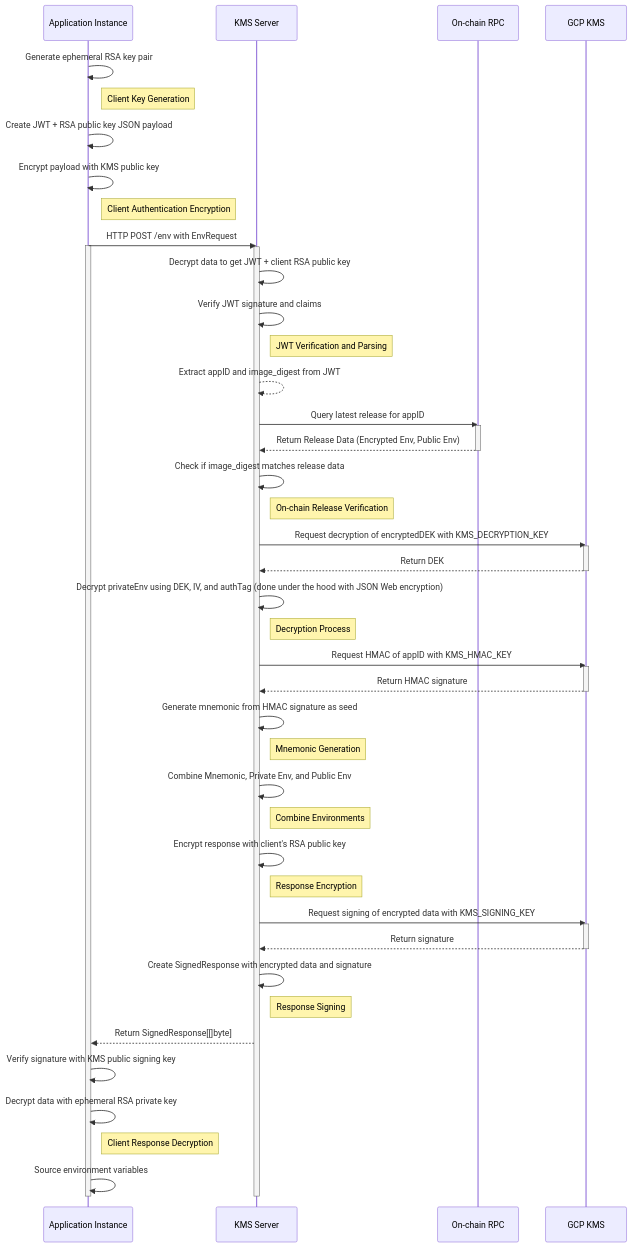
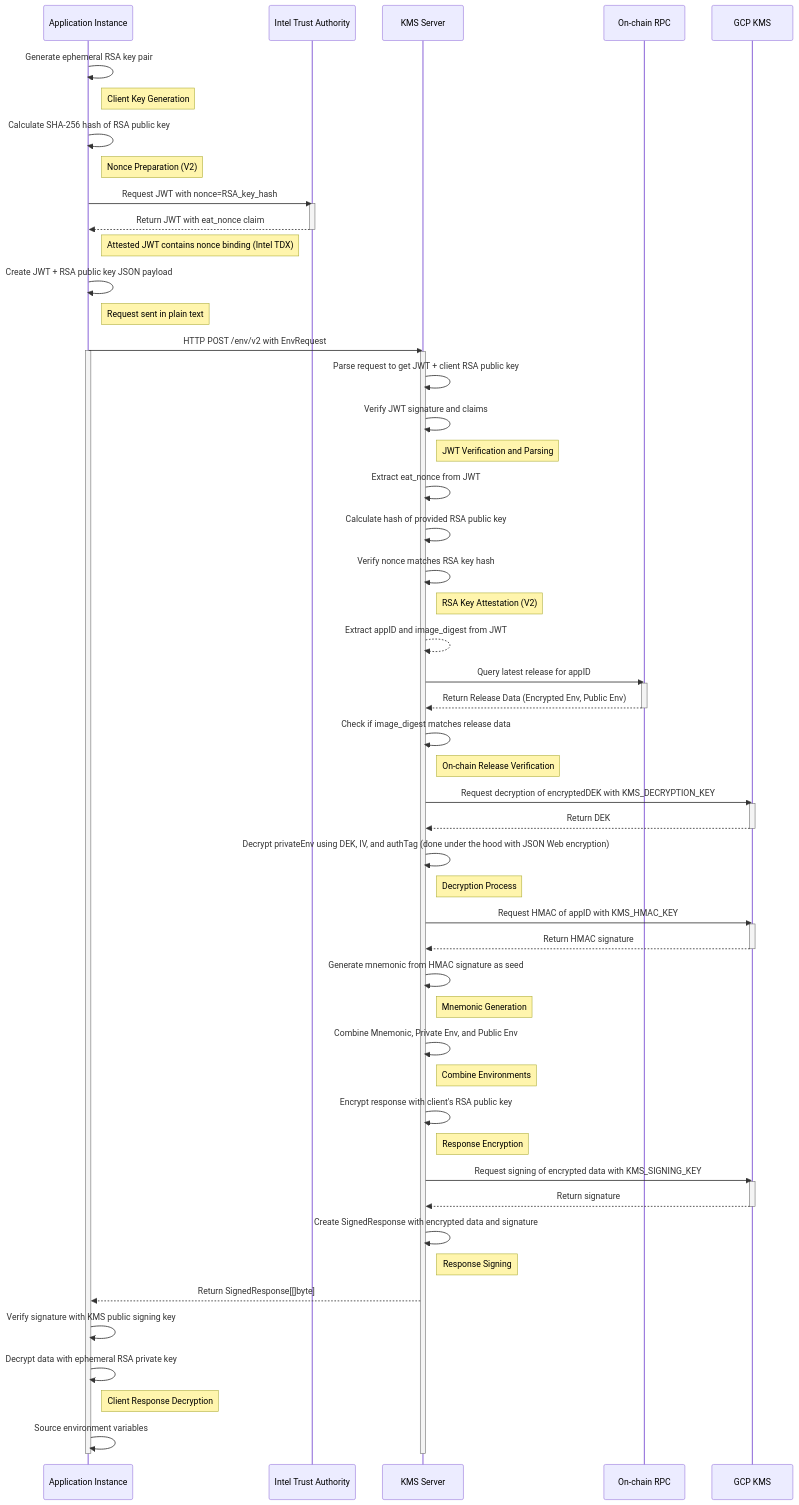
The second of 2 diagrams in kms.md (Layr-Labs/eigenx-kms), drawn with Mermaid before and after one commit. The commit also changed other lines of this file and 25 other files, not shown here.

````diff
--- a/kms.md
+++ b/kms.md
@@ -33,24 +33,38 @@
 ```mermaid
 sequenceDiagram
     participant AppInstance as Application Instance
+    participant AttestService as Intel Trust Authority
     participant KMS as KMS Server
     participant OnChainRPC as On-chain RPC
     participant GCPKMS as GCP KMS
 
     AppInstance->>AppInstance: Generate ephemeral RSA key pair
     note right of AppInstance: Client Key Generation
-    
+
+    AppInstance->>AppInstance: Calculate SHA-256 hash of RSA public key
+    note right of AppInstance: Nonce Preparation (V2)
+
+    AppInstance->>AttestService: Request JWT with nonce=RSA_key_hash
+    activate AttestService
+    AttestService-->>AppInstance: Return JWT with eat_nonce claim
+    deactivate AttestService
+    note right of AppInstance: Attested JWT contains nonce binding (Intel TDX)
+
     AppInstance->>AppInstance: Create JWT + RSA public key JSON payload
-    AppInstance->>AppInstance: Encrypt payload with KMS public key
-    note right of AppInstance: Client Authentication Encryption
+    note right of AppInstance: Request sent in plain text
 
-    AppInstance->>KMS: HTTP POST /env with EnvRequest
+    AppInstance->>KMS: HTTP POST /env/v2 with EnvRequest
     activate AppInstance
     activate KMS
 
-    KMS->>KMS: Decrypt data to get JWT + client RSA public key
+    KMS->>KMS: Parse request to get JWT + client RSA public key
     KMS->>KMS: Verify JWT signature and claims
     note right of KMS: JWT Verification and Parsing
+
+    KMS->>KMS: Extract eat_nonce from JWT
+    KMS->>KMS: Calculate hash of provided RSA public key
+    KMS->>KMS: Verify nonce matches RSA key hash
+    note right of KMS: RSA Key Attestation (V2)
 
     KMS-->>KMS: Extract appID and image_digest from JWT
 
````
